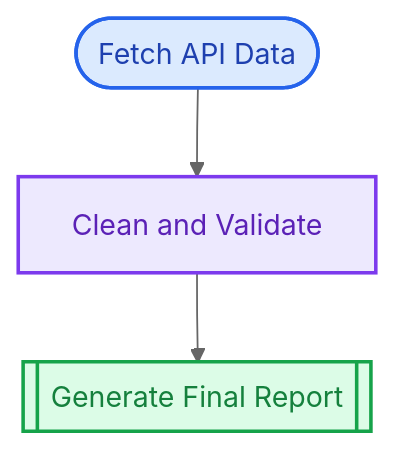
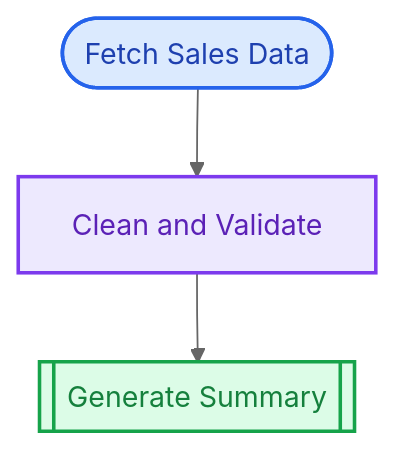
One commit to pjt222/putior changed the second of 3 diagrams in index.md. Above: the diagram before and after it, drawn with Mermaid (neutral theme). The commit also changed other lines of this file and 149 other files, not shown here.

````diff
--- a/index.md
+++ b/index.md
@@ -622,18 +126,16 @@
 ``` mermaid
 flowchart TD
-    fetch_data([Fetch API Data])
-    clean_data[Clean and Validate]
-    generate_report[[Generate Final Report]]
+    fetch([Fetch Sales Data])
+    clean[Clean and Validate]
+    report[[Generate Summary]]
 
-    %% Connections
-    fetch_data --> clean_data
-    clean_data --> generate_report
+    fetch --> clean
+    clean --> report
 
-    %% Styling
     classDef inputStyle fill:#dbeafe,stroke:#2563eb,stroke-width:2px,color:#1e40af
-    class fetch_data inputStyle
+    class fetch inputStyle
     classDef processStyle fill:#ede9fe,stroke:#7c3aed,stroke-width:2px,color:#5b21b6
-    class clean_data processStyle
+    class clean processStyle
     classDef outputStyle fill:#dcfce7,stroke:#16a34a,stroke-width:2px,color:#15803d
-    class generate_report outputStyle
+    class report outputStyle
 ```
````
